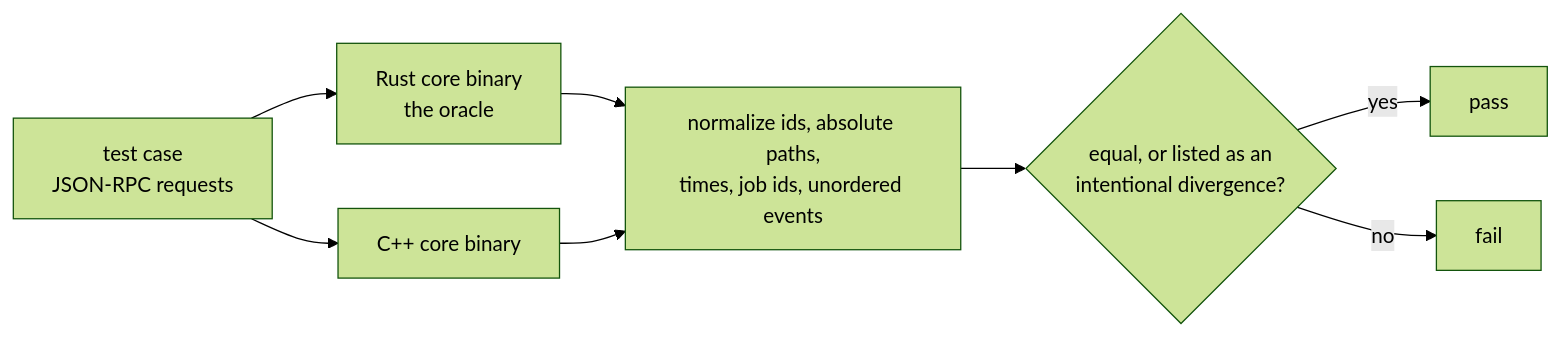
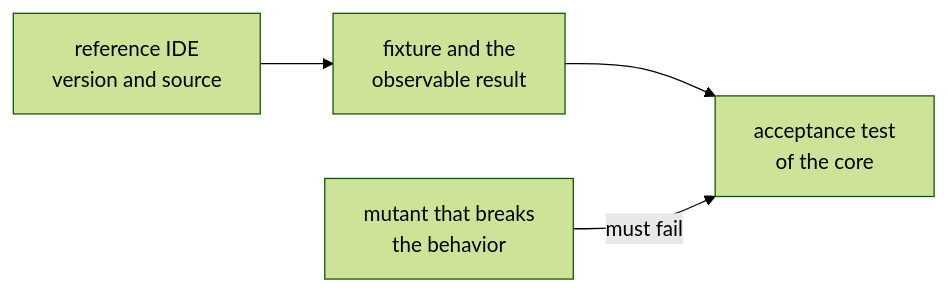
Before and after one commit to ViktorWalde/KineinVectis: the diagram in docs/engineering/test-strategy.md, drawn with Mermaid (forest theme). The commit also changed other lines of this file and 5 other files, not shown here.

First line of the commit message:
docs: N0 accepted against the reference IDEs, with no differential test

````diff
--- a/docs/engineering/test-strategy.md
+++ b/docs/engineering/test-strategy.md
@@ -34,10 +35,6 @@
 ```mermaid
 flowchart LR
-    CASE["test case<br/>JSON-RPC requests"] --> RUST["Rust core binary<br/>the oracle"]
-    CASE --> CPP["C++ core binary"]
-    RUST --> NORM["normalize ids, absolute paths,<br/>times, job ids, unordered events"]
-    CPP --> NORM
-    NORM --> CMP{"equal, or listed as an<br/>intentional divergence?"}
-    CMP -->|yes| PASS["pass"]
-    CMP -->|no| FAIL["fail"]
+    REF["reference IDE<br/>version and source"] --> CASE["fixture and the<br/>observable result"]
+    CASE --> TEST["acceptance test<br/>of the core"]
+    MUT["mutant that breaks<br/>the behavior"] -->|must fail| TEST
 ```
````
